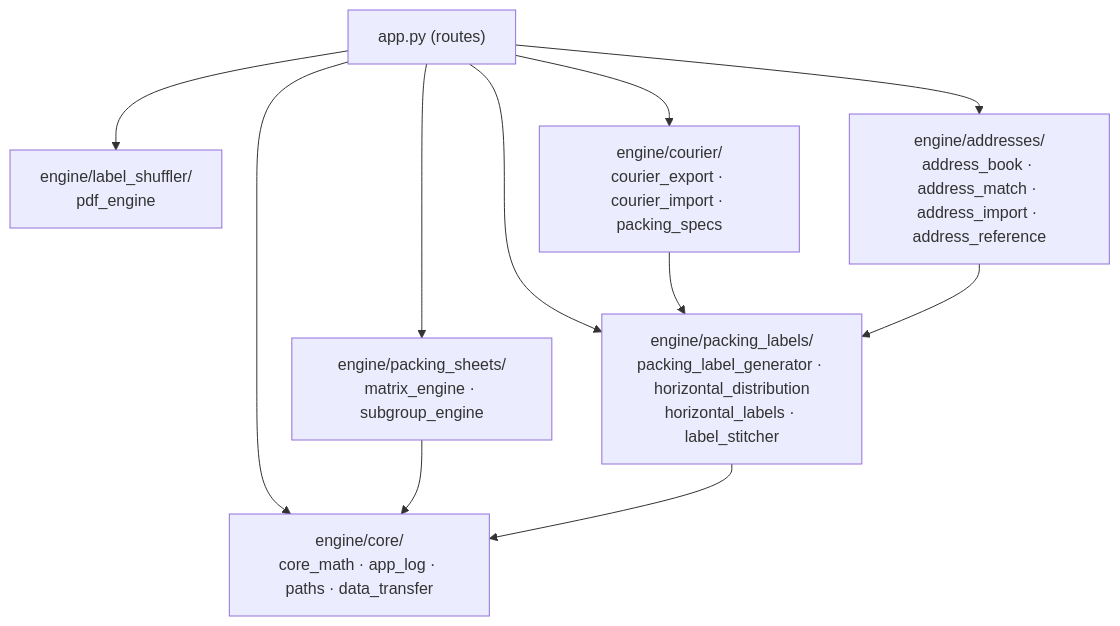
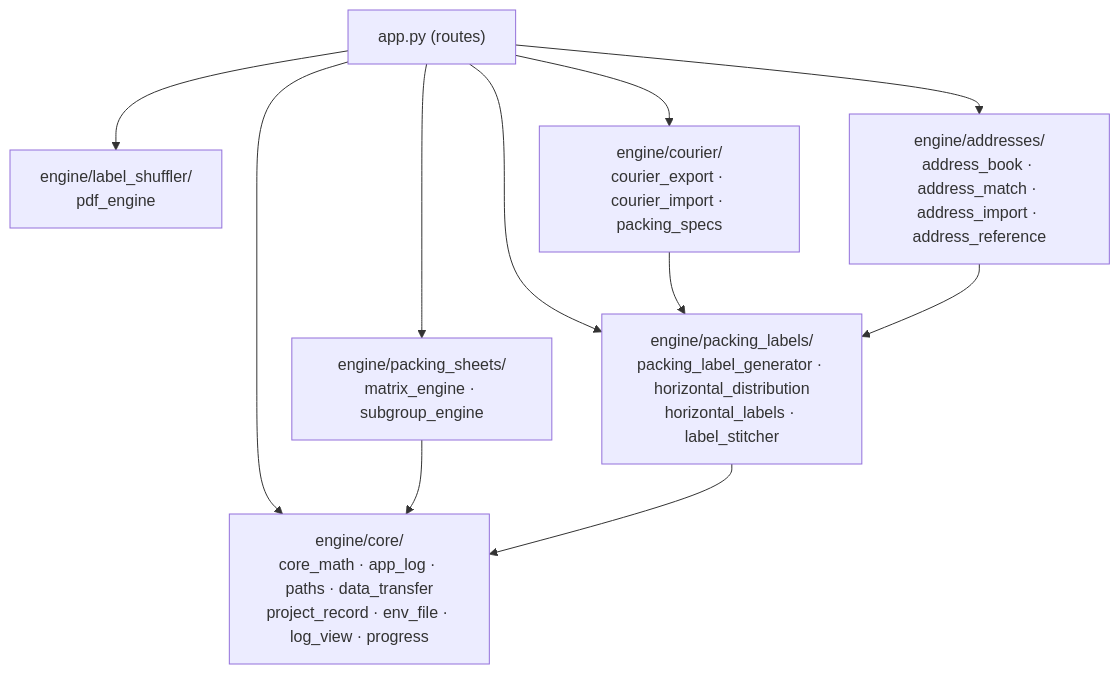
The second of 19 diagrams in docs/CODE_GUIDE.md (nesubat/Warehouse_app), drawn with Mermaid before and after one commit. The commit also changed other lines of this file and 49 other files, not shown here.

````diff
--- a/docs/CODE_GUIDE.md
+++ b/docs/CODE_GUIDE.md
@@ -119,13 +119,13 @@
 ```mermaid
 graph TD
     app["app.py (routes)"] --> sheets["engine/packing_sheets/<br>matrix_engine · subgroup_engine"]
     app --> shuffler["engine/label_shuffler/<br>pdf_engine"]
     app --> labels["engine/packing_labels/<br>packing_label_generator · horizontal_distribution<br>horizontal_labels · label_stitcher"]
     app --> courier["engine/courier/<br>courier_export · courier_import · packing_specs"]
     app --> addresses["engine/addresses/<br>address_book · address_match · address_import · address_reference"]
-    app --> core["engine/core/<br>core_math · app_log · paths · data_transfer"]
+    app --> core["engine/core/<br>core_math · app_log · paths · data_transfer<br>project_record · env_file · log_view · progress"]
     sheets --> core
     labels --> core
     courier --> labels
     addresses --> labels
 ```
````
